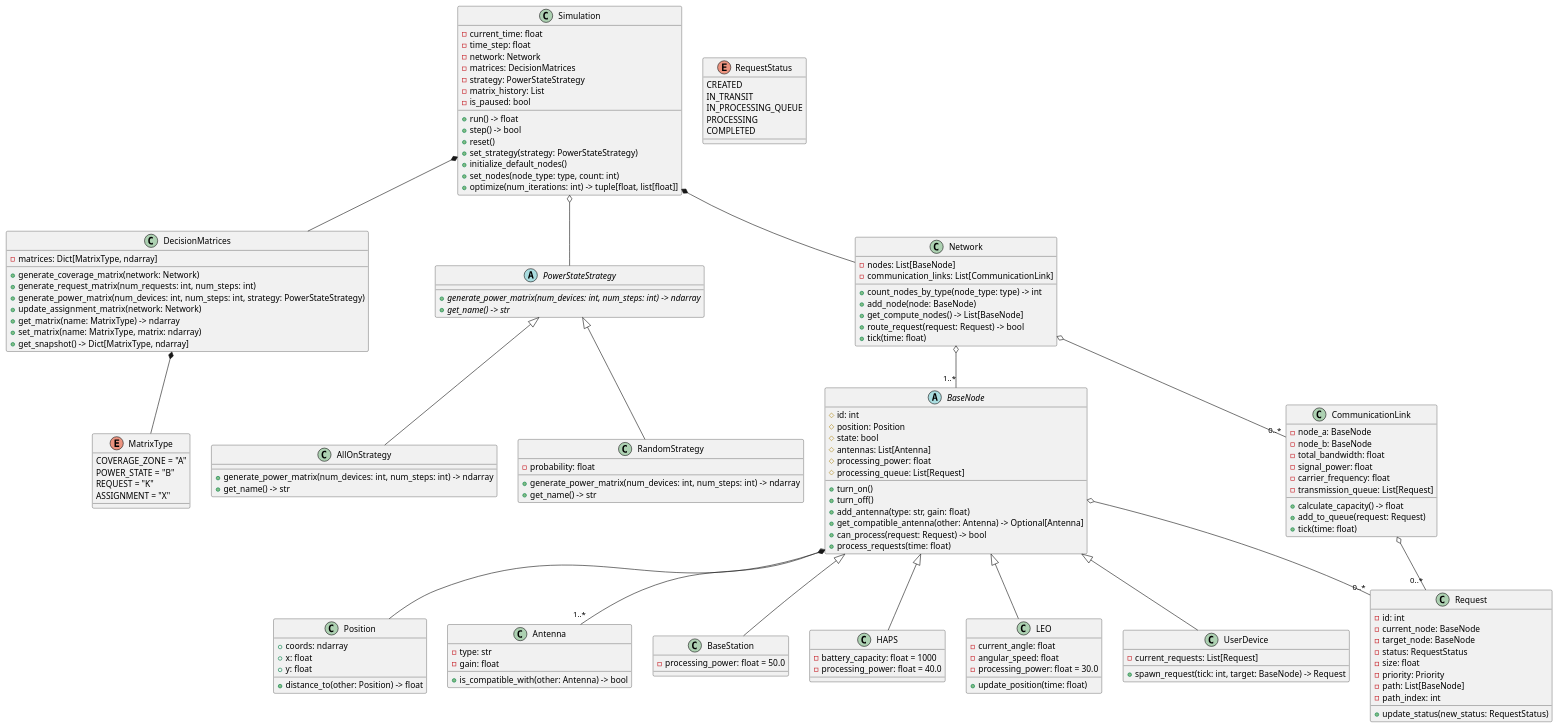
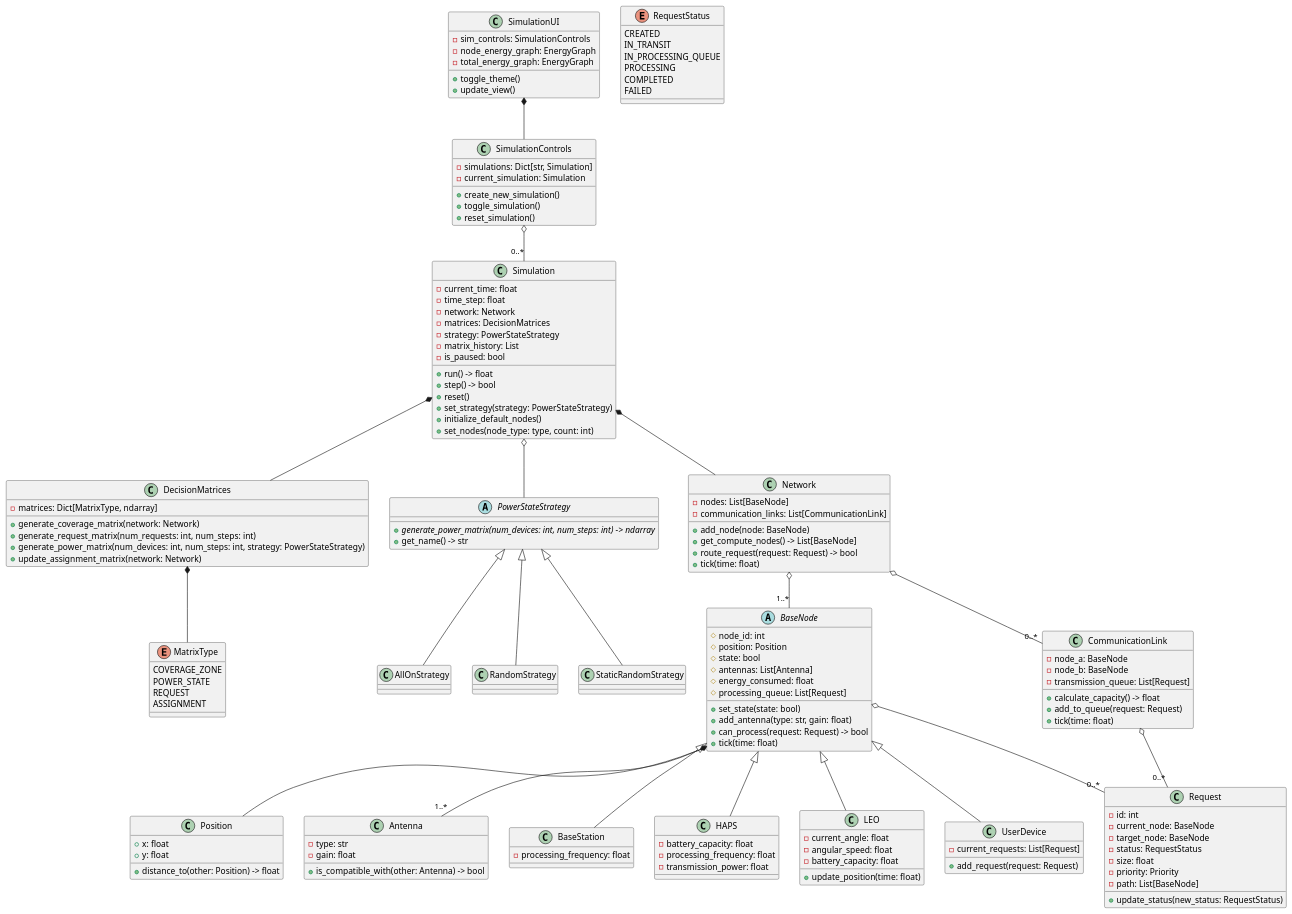
The diagram in doc/class_diagram.puml (SimonR99/OptimisationNTN), drawn with PlantUML before and after one commit.

Commit message:
update diagram

```diff
--- a/doc/class_diagram.puml
+++ b/doc/class_diagram.puml
@@ -1,162 +1,165 @@
 @startuml
 
 ' Core Components
 class Simulation {
   - current_time: float
   - time_step: float
   - network: Network
   - matrices: DecisionMatrices
   - strategy: PowerStateStrategy
   - matrix_history: List
   - is_paused: bool
   + run() -> float
   + step() -> bool
   + reset()
   + set_strategy(strategy: PowerStateStrategy)
   + initialize_default_nodes()
   + set_nodes(node_type: type, count: int)
-  + optimize(num_iterations: int) -> tuple[float, list[float]]
 }
 
 class DecisionMatrices {
   - matrices: Dict[MatrixType, ndarray]
   + generate_coverage_matrix(network: Network)
   + generate_request_matrix(num_requests: int, num_steps: int)
   + generate_power_matrix(num_devices: int, num_steps: int, strategy: PowerStateStrategy)
   + update_assignment_matrix(network: Network)
-  + get_matrix(name: MatrixType) -> ndarray
-  + set_matrix(name: MatrixType, matrix: ndarray)
-  + get_snapshot() -> Dict[MatrixType, ndarray]
 }
 
 abstract class PowerStateStrategy {
   + {abstract} generate_power_matrix(num_devices: int, num_steps: int) -> ndarray
-  + {abstract} get_name() -> str
-}
-
-class AllOnStrategy extends PowerStateStrategy {
-  + generate_power_matrix(num_devices: int, num_steps: int) -> ndarray
   + get_name() -> str
 }
 
-class RandomStrategy extends PowerStateStrategy {
-  - probability: float
-  + generate_power_matrix(num_devices: int, num_steps: int) -> ndarray
-  + get_name() -> str
-}
+class AllOnStrategy extends PowerStateStrategy
+class RandomStrategy extends PowerStateStrategy
+class StaticRandomStrategy extends PowerStateStrategy
 
 enum MatrixType {
-  COVERAGE_ZONE = "A"
-  POWER_STATE = "B"
-  REQUEST = "K"
-  ASSIGNMENT = "X"
+  COVERAGE_ZONE
+  POWER_STATE
+  REQUEST
+  ASSIGNMENT
 }
 
 class Network {
   - nodes: List[BaseNode]
   - communication_links: List[CommunicationLink]
-  + count_nodes_by_type(node_type: type) -> int
   + add_node(node: BaseNode)
   + get_compute_nodes() -> List[BaseNode]
   + route_request(request: Request) -> bool
   + tick(time: float)
 }
 
 abstract class BaseNode {
-  # id: int
+  # node_id: int
   # position: Position
   # state: bool
   # antennas: List[Antenna]
-  # processing_power: float
+  # energy_consumed: float
   # processing_queue: List[Request]
-  + turn_on()
-  + turn_off()
+  + set_state(state: bool)
   + add_antenna(type: str, gain: float)
-  + get_compatible_antenna(other: Antenna) -> Optional[Antenna]
   + can_process(request: Request) -> bool
-  + process_requests(time: float)
+  + tick(time: float)
 }
 
 class Position {
-  + coords: ndarray
   + x: float
   + y: float
   + distance_to(other: Position) -> float
 }
 
 class Antenna {
   - type: str
   - gain: float
   + is_compatible_with(other: Antenna) -> bool
 }
 
 class BaseStation extends BaseNode {
-  - processing_power: float = 50.0
+  - processing_frequency: float
 }
 
 class HAPS extends BaseNode {
-  - battery_capacity: float = 1000
-  - processing_power: float = 40.0
+  - battery_capacity: float
+  - processing_frequency: float
+  - transmission_power: float
 }
 
 class LEO extends BaseNode {
   - current_angle: float
   - angular_speed: float
-  - processing_power: float = 30.0
+  - battery_capacity: float
   + update_position(time: float)
 }
 
 class UserDevice extends BaseNode {
   - current_requests: List[Request]
-  + spawn_request(tick: int, target: BaseNode) -> Request
+  + add_request(request: Request)
 }
 
 class CommunicationLink {
   - node_a: BaseNode
   - node_b: BaseNode
-  - total_bandwidth: float
-  - signal_power: float
-  - carrier_frequency: float
   - transmission_queue: List[Request]
   + calculate_capacity() -> float
   + add_to_queue(request: Request)
   + tick(time: float)
 }
 
 class Request {
   - id: int
   - current_node: BaseNode
   - target_node: BaseNode
   - status: RequestStatus
   - size: float
   - priority: Priority
   - path: List[BaseNode]
-  - path_index: int
   + update_status(new_status: RequestStatus)
 }
 
 enum RequestStatus {
   CREATED
   IN_TRANSIT
   IN_PROCESSING_QUEUE
   PROCESSING
   COMPLETED
+  FAILED
+}
+
+' GUI Components
+class SimulationUI {
+  - sim_controls: SimulationControls
+  - node_energy_graph: EnergyGraph
+  - total_energy_graph: EnergyGraph
+  + toggle_theme()
+  + update_view()
+}
+
+class SimulationControls {
+  - simulations: Dict[str, Simulation]
+  - current_simulation: Simulation
+  + create_new_simulation()
+  + toggle_simulation()
+  + reset_simulation()
 }
 
 ' Relationships
 Simulation *-- Network
 Simulation *-- DecisionMatrices
 Simulation o-- PowerStateStrategy
 
 DecisionMatrices *-- MatrixType
 
 Network o-- "1..*" BaseNode
 Network o-- "0..*" CommunicationLink
 
 BaseNode *-- Position
 BaseNode o-- "1..*" Antenna
 BaseNode o-- "0..*" Request
 
 CommunicationLink o-- "0..*" Request
 
+SimulationUI *-- SimulationControls
+SimulationControls o-- "0..*" Simulation
+
 @enduml
```
